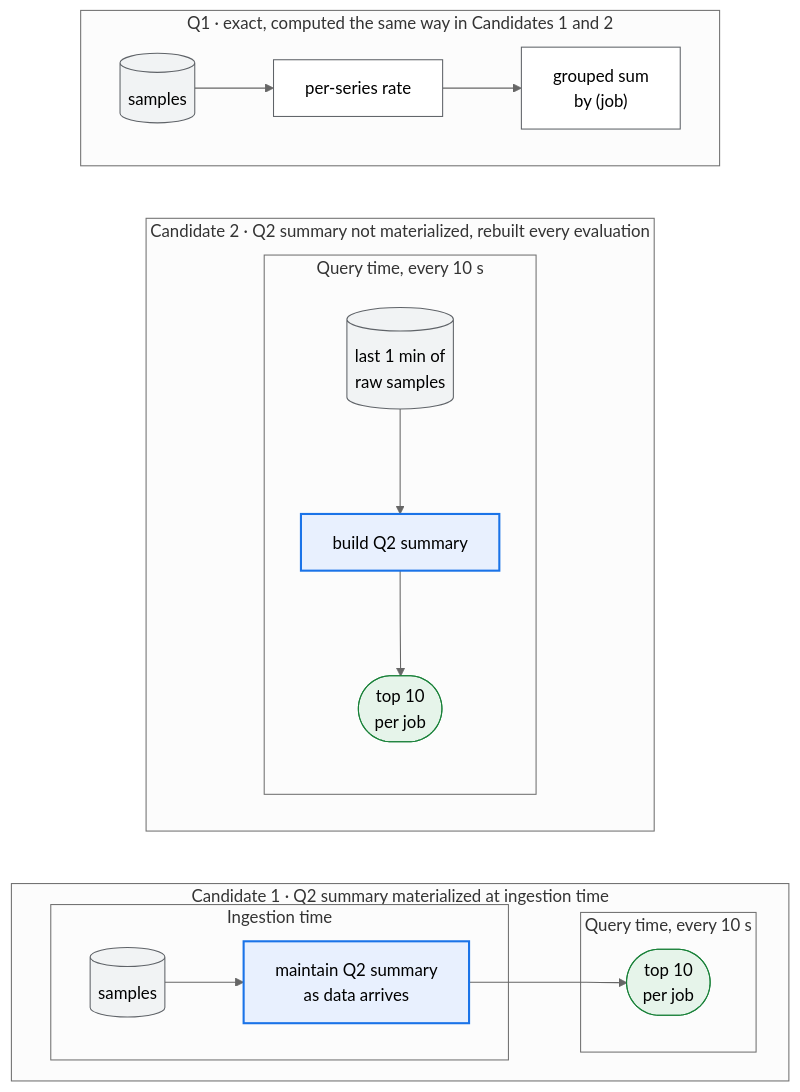
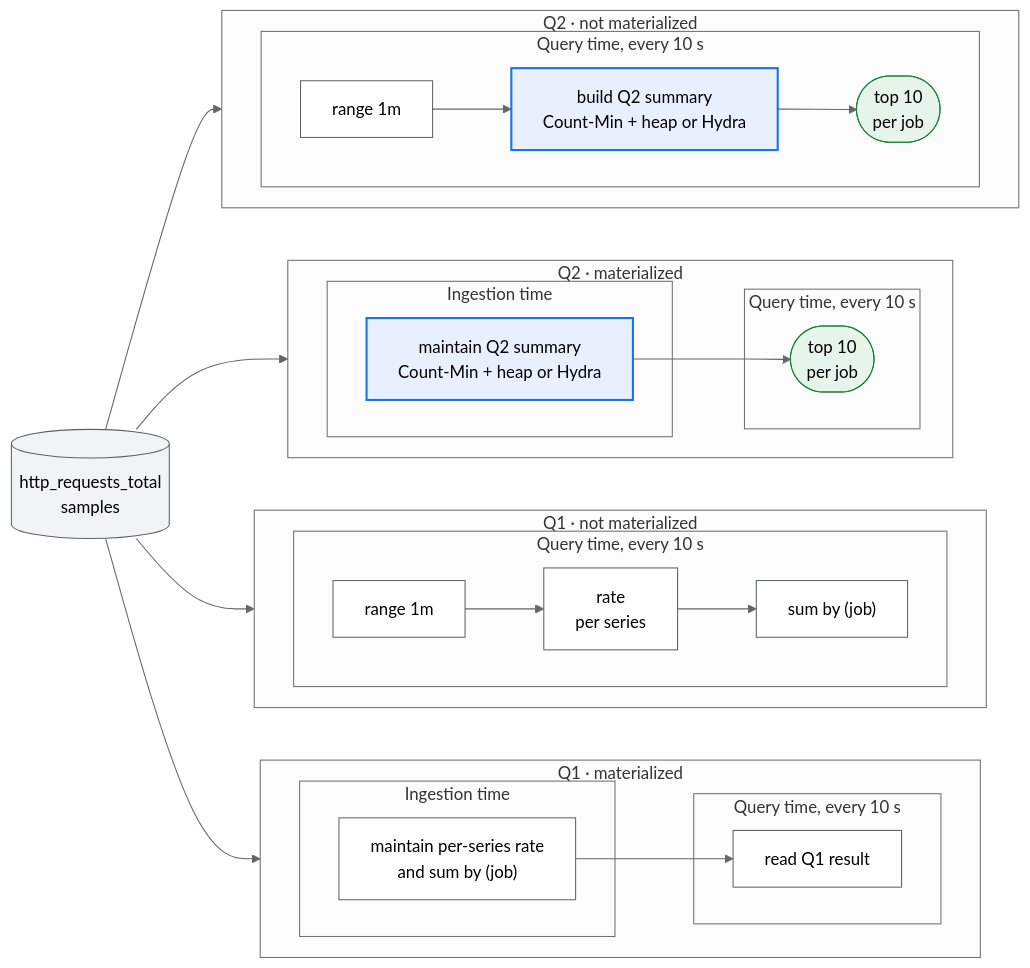
The fourth of 10 diagrams in docs/design_docs/proposals/planner-layering.md (ProjectASAP/ASAPPlanner), drawn with Mermaid (neutral theme) before and after one commit. The commit also changed other lines of this file, not shown here.

````diff
--- a/docs/design_docs/proposals/planner-layering.md
+++ b/docs/design_docs/proposals/planner-layering.md
@@ -460,28 +458,49 @@
 ```mermaid
 flowchart LR
-  subgraph C1["Candidate 1 · Q2 summary materialized at ingestion time"]
+  in[("http_requests_total<br/>samples")]:::data
+
+  subgraph Q1M["Q1 · materialized"]
     direction LR
-    subgraph C1I["Ingestion time"]
-      s1[("samples")]:::data --> b1["maintain Q2 summary<br/>as data arrives"]:::summary
+    subgraph Q1MI["Ingestion time"]
+      m1["maintain per-series rate<br/>and sum by (job)"]:::exact
     end
-    subgraph C1Q["Query time, every 10 s"]
-      e1(["top 10<br/>per job"]):::estimate
+    subgraph Q1MQ["Query time, every 10 s"]
+      m1r["read Q1 result"]:::exact
     end
-    b1 --> e1
+    m1 --> m1r
   end
-  subgraph C2["Candidate 2 · Q2 summary not materialized, rebuilt every evaluation"]
+
+  subgraph Q1N["Q1 · not materialized"]
     direction LR
-    subgraph C2Q["Query time, every 10 s"]
-      s2[("last 1 min of<br/>raw samples")]:::data --> b2["build Q2 summary"]:::summary --> e2(["top 10<br/>per job"]):::estimate
+    subgraph Q1NQ["Query time, every 10 s"]
+      n1a["range 1m"]:::exact --> n1b["rate<br/>per series"]:::exact --> n1c["sum by (job)"]:::exact
     end
   end
-  subgraph Q1L["Q1 · exact, computed the same way in Candidates 1 and 2"]
+
+  subgraph Q2M["Q2 · materialized"]
     direction LR
-    s3[("samples")]:::data --> r3["per-series rate"]:::exact --> g3["grouped sum<br/>by (job)"]:::exact
+    subgraph Q2MI["Ingestion time"]
+      m2["maintain Q2 summary<br/>Count-Min + heap or Hydra"]:::summary
+    end
+    subgraph Q2MQ["Query time, every 10 s"]
+      m2e(["top 10<br/>per job"]):::estimate
+    end
+    m2 --> m2e
   end
+
+  subgraph Q2N["Q2 · not materialized"]
+    direction LR
+    subgraph Q2NQ["Query time, every 10 s"]
+      n2a["range 1m"]:::exact --> n2b["build Q2 summary<br/>Count-Min + heap or Hydra"]:::summary --> n2c(["top 10<br/>per job"]):::estimate
+    end
+  end
+
+  in --> m1
+  in --> n1a
+  in --> m2
+  in --> n2a
   classDef data fill:#f1f3f4,stroke:#5f6368,color:#000;
   classDef exact fill:#fff,stroke:#5f6368,color:#000;
   classDef summary fill:#e8f0fe,stroke:#1a73e8,stroke-width:2px,color:#000;
   classDef estimate fill:#e6f4ea,stroke:#188038,color:#000;
-  classDef note fill:#fff,stroke:#9aa0a6,stroke-dasharray:4 3,color:#5f6368;
 ```
````
